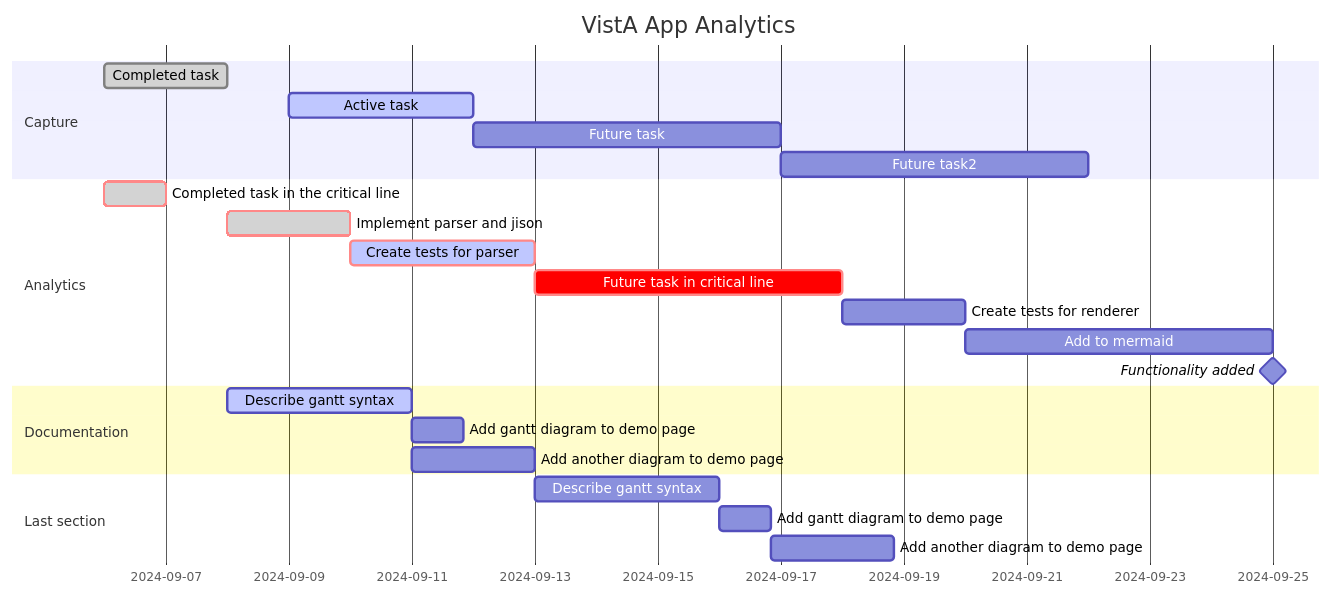
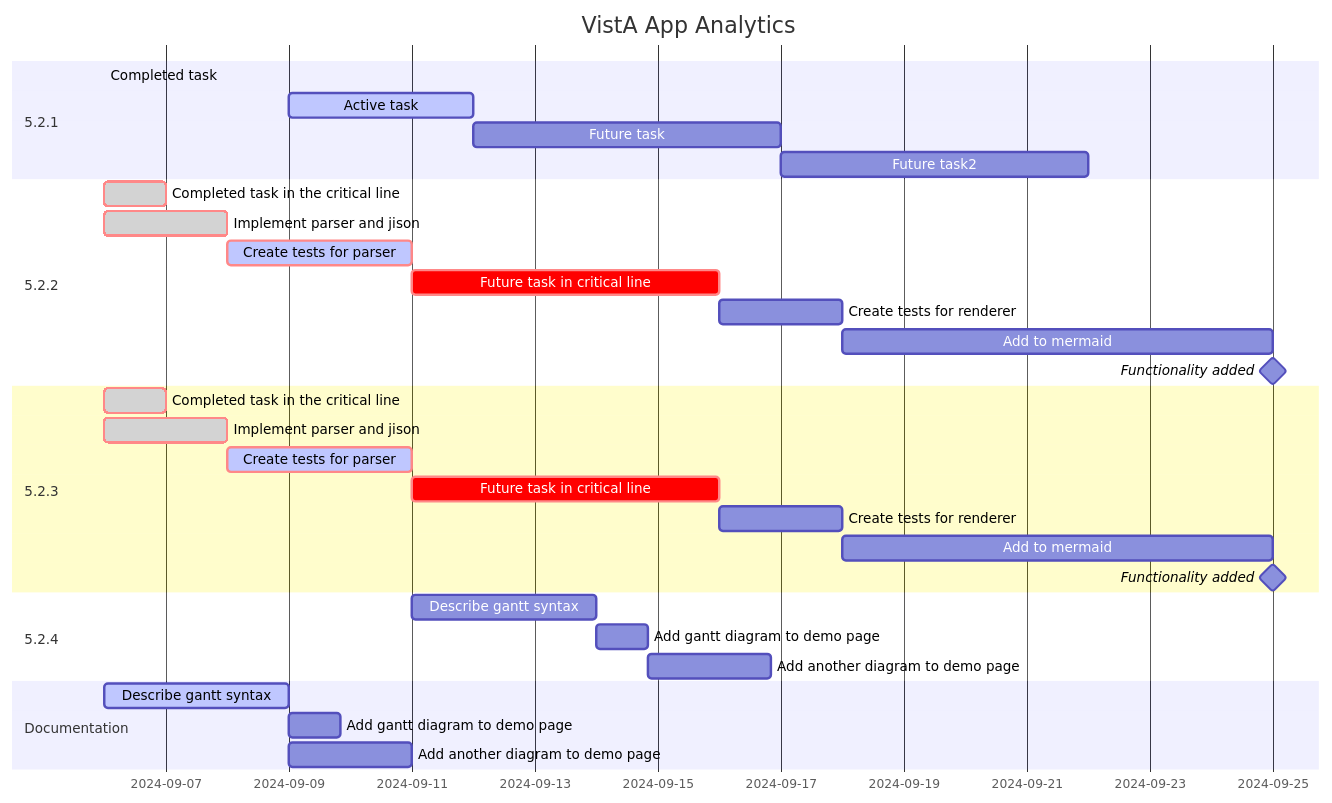
The diagram in schedule.md (cloudvista/vaa), drawn with Mermaid before and after one commit. The commit also changed 1 other file, not shown here.

````diff
--- a/schedule.md
+++ b/schedule.md
@@ -16,30 +16,40 @@
 ```mermaid
 gantt
-    dateFormat  YYYY-MM-DD
+    dateFormat  YY-MM-DD
     title       VistA App Analytics
  
-    section Capture
+    section 5.2.1
     Completed task            :done,    des1, 2024-09-06,2024-09-08
     Active task               :active,  des2, 2024-09-09, 3d
     Future task               :         des3, after des2, 5d
     Future task2              :         des4, after des3, 5d
 
-    section Analytics
+    section 5.2.2
+    Completed task in the critical line :crit, done, 2024-09-06,24h
+    Implement parser and jison          :crit, done, after des1, 2d
+    Create tests for parser             :crit, active, 3d
+    Future task in critical line        :crit, 5d
+    Create tests for renderer           :2d
+    Add to mermaid                      :until isadded
+    Functionality added                 :milestone, isadded, 2024-09-25, 0d
+    
+    section 5.2.3
     Completed task in the critical line :crit, done, 2024-09-06,24h
     Implement parser and jison          :crit, done, after des1, 2d
     Create tests for parser             :crit, active, 3d
     Future task in critical line        :crit, 5d
     Create tests for renderer           :2d
     Add to mermaid                      :until isadded
     Functionality added                 :milestone, isadded, 2024-09-25, 0d
 
+    section 5.2.4
+    Describe gantt syntax               :after doc1, 3d
+    Add gantt diagram to demo page      :20h
+    Add another diagram to demo page    :48h
+
     section Documentation
     Describe gantt syntax               :active, a1, after des1, 3d
     Add gantt diagram to demo page      :after a1  , 20h
     Add another diagram to demo page    :doc1, after a1  , 48h
 
-    section Last section
-    Describe gantt syntax               :after doc1, 3d
-    Add gantt diagram to demo page      :20h
-    Add another diagram to demo page    :48h
 ```
````
